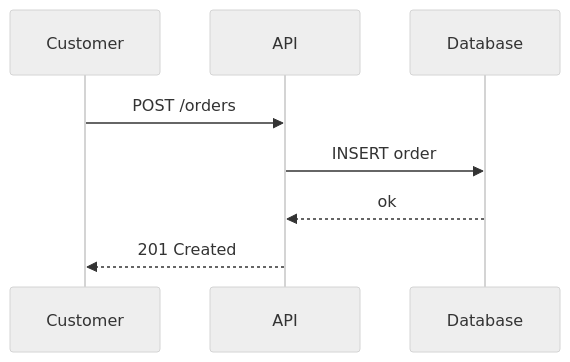
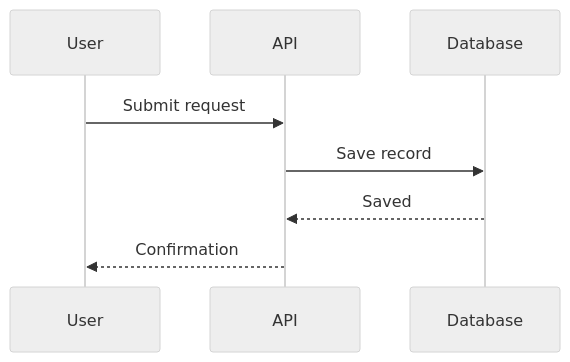
Before and after one commit to adrianliechti/wingman-chat: the diagram in skills/studio/architecture-diagram/SKILL.md, drawn with Mermaid (neutral theme). The commit also changed other lines of this file and 88 other files, not shown here.

````diff
--- a/skills/studio/architecture-diagram/SKILL.md
+++ b/skills/studio/architecture-diagram/SKILL.md
@@ -53,10 +16,10 @@
 ```mermaid
 sequenceDiagram
-  participant U as Customer
+  participant U as User
   participant A as API
   participant D as Database
-  U->>A: POST /orders
-  A->>D: INSERT order
-  D-->>A: ok
-  A-->>U: 201 Created
+  U->>A: Submit request
+  A->>D: Save record
+  D-->>A: Saved
+  A-->>U: Confirmation
 ```
````
